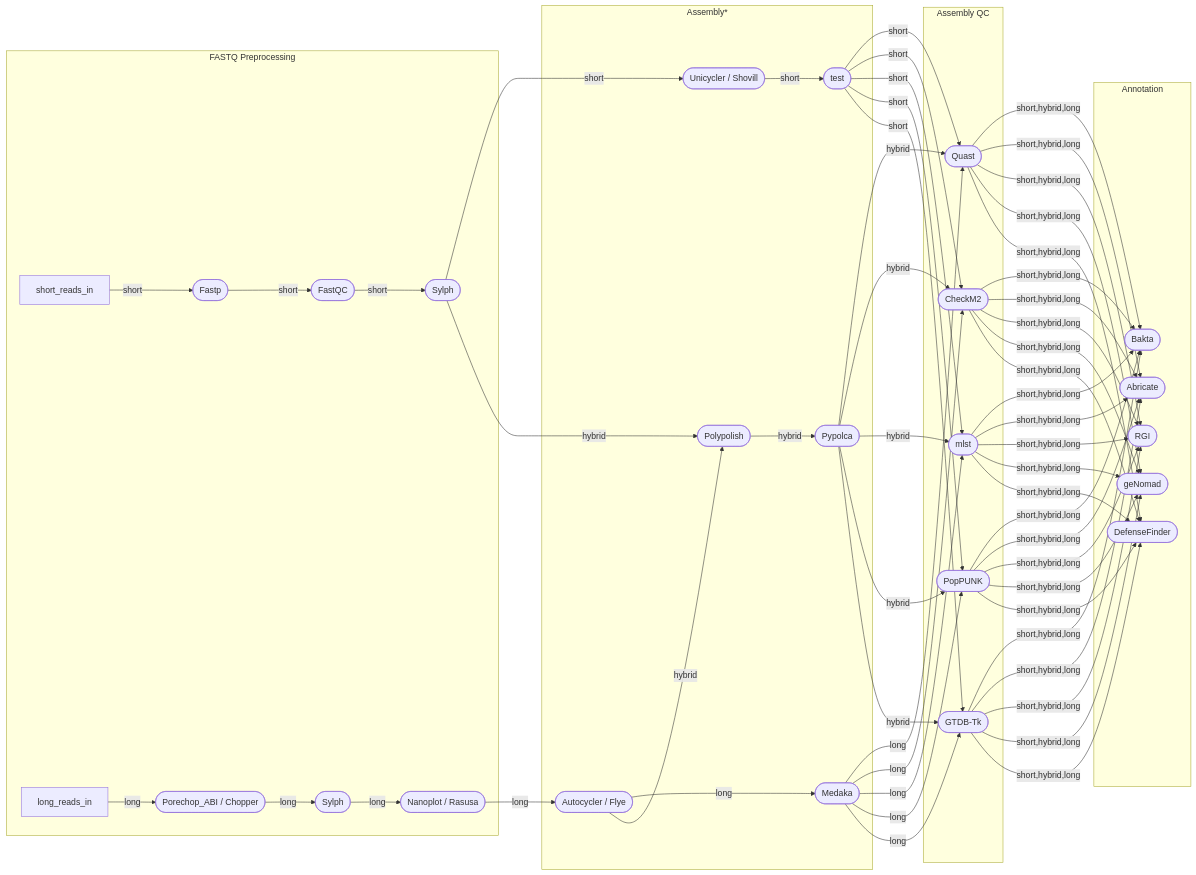
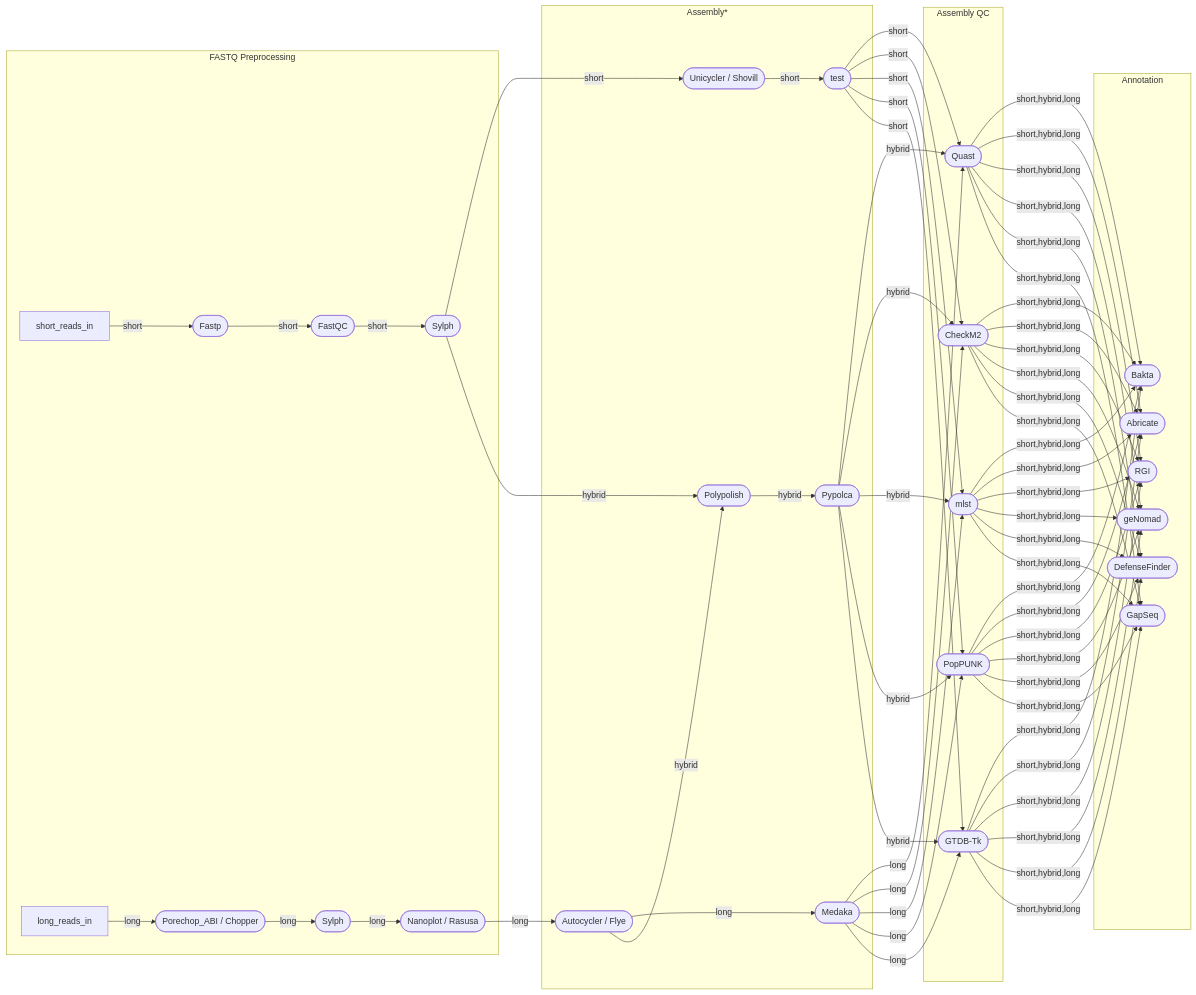
The diagram in assets/PseudoNovo.mmd (tmorr-12/PseudoNovo), drawn with Mermaid before and after one commit. The commit also changed 2 other files, not shown here.

Commit message:
gapseq find

```diff
--- a/assets/PseudoNovo.mmd
+++ b/assets/PseudoNovo.mmd
@@ -1,118 +1,125 @@
 %%metro title: PseudoNovo
 %%metro stroke_scale: 1.4
 %%metro compact_offsets: true
 %%metro font_scale: 1.5
 %%metro track_gap: 2.5
 %%metro mode: dark
 %%metro style: nfcore
 %%metro file: short_reads_in | FASTQ
 %%metro file: long_reads_in | FASTQ
 %%metro line: short | Short Reads | #0098D4
 %%metro line: long | Long Reads | #FFD300
 %%metro line: hybrid | Hybrid Reads | #F0443A
 %%metro line: help1 | * Entry point if --skip_preprocessing flag is supplied | #ffffff
 
 graph LR
     subgraph short_pre [FASTQ Preprocessing]
         fastqc([FastQC])
         fastp([Fastp])
         sylph_sh([Sylph])
 
         short_reads_in -->|short| fastp
         fastp -->|short| fastqc
         fastqc -->|short| sylph_sh
 
         porechop_abi([Porechop_ABI / Chopper])
         sylph_lg([Sylph])
         nanoplot([Nanoplot / Rasusa])
 
         long_reads_in -->|long| porechop_abi
         porechop_abi -->|long| sylph_lg
         sylph_lg -->|long| nanoplot
     end
     subgraph assembly [Assembly*]
         %% Short read assembly
         unicycler([Unicycler / Shovill])
         _test([test])
         
         unicycler -->|short| _test
         
         %% Long read assembly
         autocycler([Autocycler / Flye])
         medaka([Medaka])
 
         autocycler -->|long| medaka
         
         %% Hybrid read assembly
         polypolish([Polypolish])
         pypolca([Pypolca])
 
         autocycler -->|hybrid| polypolish
         polypolish -->|hybrid| pypolca
     end
     subgraph assembly_qc[Assembly QC]
     	quast([Quast])
         checkm2([CheckM2])
         mlst([mlst])
         poppunk([PopPUNK])
         gtdbtk([GTDB-Tk])
 	end
     subgraph annotation[Annotation]
     	bakta([Bakta])
         abricate([Abricate])
         rgi([RGI])
         genomad([geNomad])
         defensefinder([DefenseFinder])
+        gapseq([GapSeq])
     end
 
 	sylph_sh -->|short| unicycler
 	nanoplot -->|long| autocycler
     sylph_sh -->|hybrid| polypolish
     
     _test -->|short| quast
     _test -->|short| checkm2
     _test -->|short| mlst
     _test -->|short| poppunk
     _test -->|short| gtdbtk
     
     pypolca -->|hybrid| quast
     pypolca -->|hybrid| checkm2
     pypolca -->|hybrid| mlst
     pypolca -->|hybrid| poppunk
     pypolca -->|hybrid| gtdbtk
     
     medaka -->|long| quast
     medaka -->|long| checkm2
     medaka -->|long| mlst
     medaka -->|long| poppunk
     medaka -->|long| gtdbtk
     
     quast -->|short,hybrid,long| bakta
     checkm2 -->|short,hybrid,long| bakta
     mlst -->|short,hybrid,long| bakta
     poppunk -->|short,hybrid,long| bakta
     gtdbtk -->|short,hybrid,long| bakta
     
     quast -->|short,hybrid,long| abricate
     checkm2 -->|short,hybrid,long| abricate
     mlst -->|short,hybrid,long| abricate
     poppunk -->|short,hybrid,long| abricate
     gtdbtk -->|short,hybrid,long| abricate
     
     quast -->|short,hybrid,long| rgi
     checkm2 -->|short,hybrid,long| rgi
     mlst -->|short,hybrid,long| rgi
 	poppunk -->|short,hybrid,long| rgi
     gtdbtk -->|short,hybrid,long| rgi
 
 	quast -->|short,hybrid,long| genomad
     checkm2 -->|short,hybrid,long| genomad
     mlst -->|short,hybrid,long| genomad
     poppunk -->|short,hybrid,long| genomad
     gtdbtk -->|short,hybrid,long| genomad
     
     quast -->|short,hybrid,long| defensefinder
     checkm2 -->|short,hybrid,long| defensefinder
     mlst -->|short,hybrid,long| defensefinder
     poppunk -->|short,hybrid,long| defensefinder
     gtdbtk -->|short,hybrid,long| defensefinder
+    
+    quast -->|short,hybrid,long| gapseq
+    checkm2 -->|short,hybrid,long| gapseq
+    mlst -->|short,hybrid,long| gapseq
+    poppunk -->|short,hybrid,long| gapseq
+    gtdbtk -->|short,hybrid,long| gapseq
```
